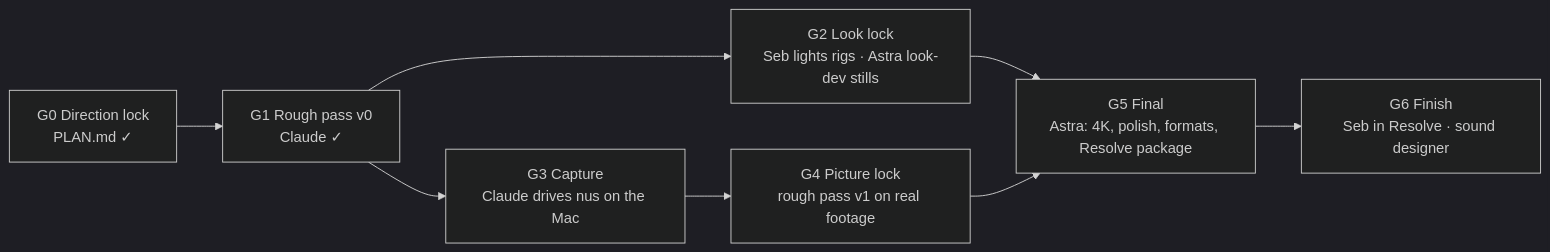
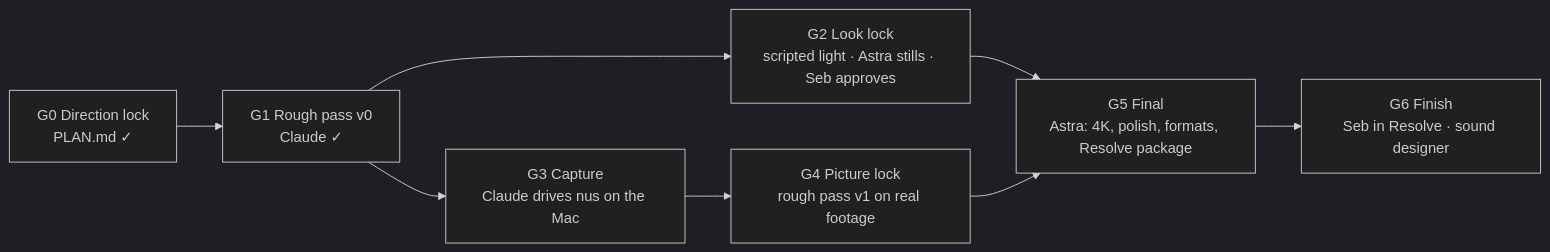
One commit to cbassuarez/nus-promo changed the diagram in handoff/README.md. Above: the diagram before and after it, drawn with Mermaid (dark theme). The commit also changed other lines of this file and 6 other files, not shown here.

````diff
--- a/handoff/README.md
+++ b/handoff/README.md
@@ -17,10 +17,10 @@
 ```mermaid
 flowchart LR
   G0[G0 Direction lock<br/>PLAN.md ✓] --> G1[G1 Rough pass v0<br/>Claude ✓]
-  G1 --> G2[G2 Look lock<br/>Seb lights rigs · Astra look-dev stills]
+  G1 --> G2[G2 Look lock<br/>scripted light · Astra stills · Seb approves]
   G1 --> G3[G3 Capture<br/>Claude drives nus on the Mac]
   G3 --> G4[G4 Picture lock<br/>rough pass v1 on real footage]
   G2 --> G5[G5 Final<br/>Astra: 4K, polish, formats, Resolve package]
   G4 --> G5
   G5 --> G6[G6 Finish<br/>Seb in Resolve · sound designer]
 ```
````
